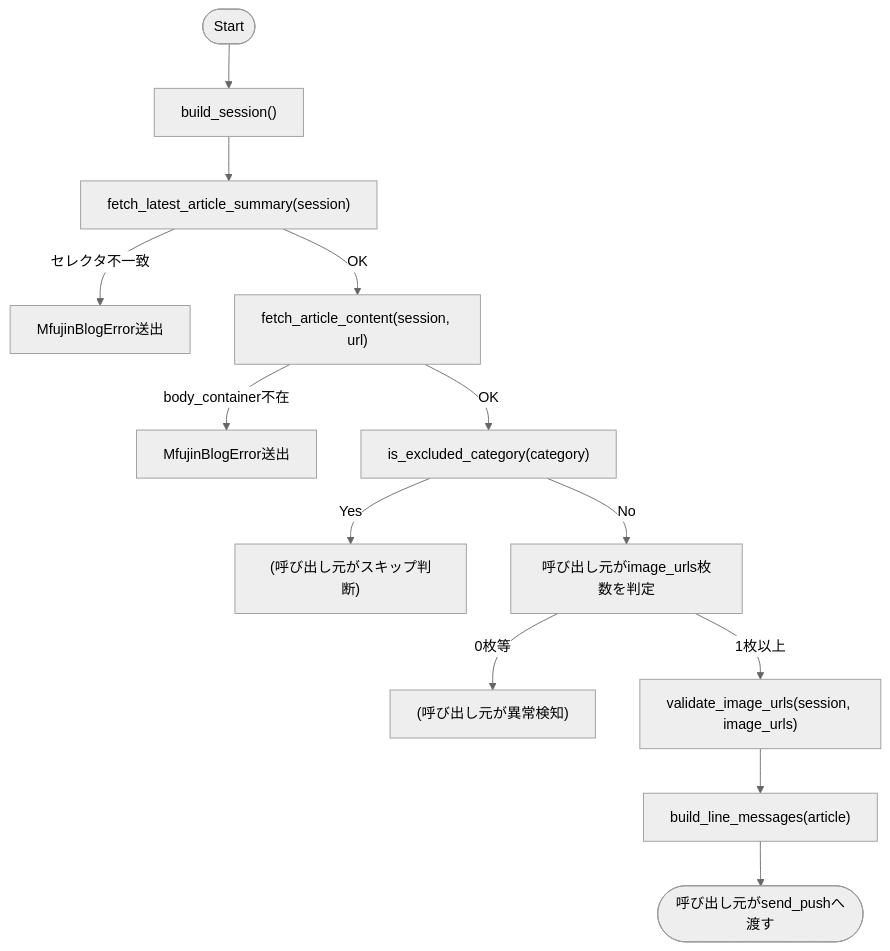
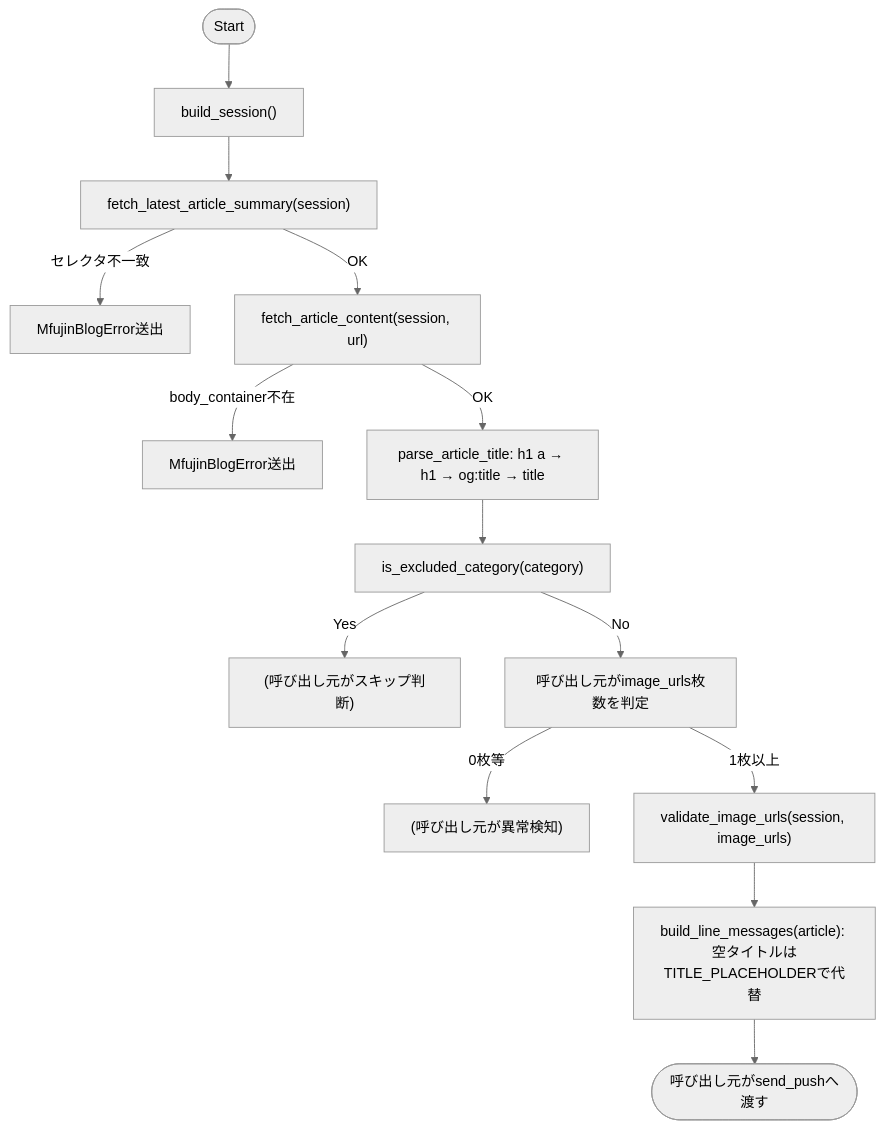
One commit to mmtigers/my_python_project changed the first of 2 diagrams in docs/specifications/MY_HOME_SYSTEM/mfujin_blog_service.md. Above: the diagram before and after it, drawn with Mermaid (neutral theme). The commit also changed other lines of this file and 13 other files, not shown here.

````diff
--- a/docs/specifications/MY_HOME_SYSTEM/mfujin_blog_service.md
+++ b/docs/specifications/MY_HOME_SYSTEM/mfujin_blog_service.md
@@ -352,15 +399,16 @@
 ```mermaid
 flowchart TD
     Start([Start]) --> BuildSession["build_session()"]
     BuildSession --> FetchSummary["fetch_latest_article_summary(session)"]
     FetchSummary -- "セレクタ不一致" --> RaiseSummaryErr["MfujinBlogError送出"]
     FetchSummary -- OK --> FetchContent["fetch_article_content(session, url)"]
     FetchContent -- "body_container不在" --> RaiseBodyErr["MfujinBlogError送出"]
-    FetchContent -- OK --> CategoryCheck["is_excluded_category(category)"]
+    FetchContent -- OK --> TitleFallback["parse_article_title: h1 a → h1 → og:title → title"]
+    TitleFallback --> CategoryCheck["is_excluded_category(category)"]
     CategoryCheck -- Yes --> SkipCategory["(呼び出し元がスキップ判断)"]
     CategoryCheck -- No --> ImageCountCheck["呼び出し元がimage_urls枚数を判定"]
     ImageCountCheck -- "0枚等" --> AnomalySkip["(呼び出し元が異常検知)"]
     ImageCountCheck -- "1枚以上" --> Validate["validate_image_urls(session, image_urls)"]
-    Validate --> BuildMessages["build_line_messages(article)"]
+    Validate --> BuildMessages["build_line_messages(article): 空タイトルはTITLE_PLACEHOLDERで代替"]
     BuildMessages --> End([呼び出し元がsend_pushへ渡す])
 ```
````
